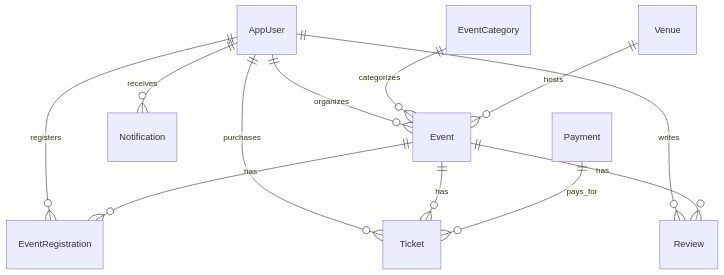
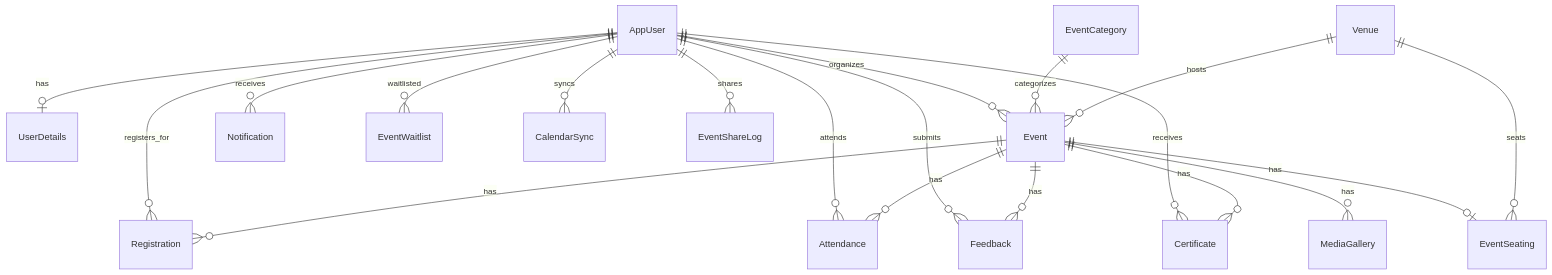
One commit to Prof-bilal/ContestAzam changed the diagram in .agent/DATABASE.md. Above: the diagram before and after it, drawn with Mermaid. The commit also changed other lines of this file and 4 other files, not shown here.

Commit message:
docs: align agent docs with SRS - add 4 roles, full schema, feature coverage

````diff
--- a/.agent/DATABASE.md
+++ b/.agent/DATABASE.md
@@ -78,15 +107,23 @@
 ```mermaid
 erDiagram
+    AppUser ||--o| UserDetails : has
     AppUser ||--o{ Event : organizes
-    AppUser ||--o{ EventRegistration : registers
-    AppUser ||--o{ Ticket : purchases
-    AppUser ||--o{ Review : writes
+    AppUser ||--o{ Registration : registers_for
+    AppUser ||--o{ Attendance : attends
+    AppUser ||--o{ Feedback : submits
+    AppUser ||--o{ Certificate : receives
     AppUser ||--o{ Notification : receives
+    AppUser ||--o{ EventWaitlist : waitlisted
+    AppUser ||--o{ CalendarSync : syncs
+    AppUser ||--o{ EventShareLog : shares
 
     EventCategory ||--o{ Event : categorizes
-    Event ||--o{ EventRegistration : has
-    Event ||--o{ Ticket : has
-    Event ||--o{ Review : has
+    Event ||--o{ Registration : has
+    Event ||--o{ Attendance : has
+    Event ||--o{ Feedback : has
+    Event ||--o{ Certificate : has
+    Event ||--o{ MediaGallery : has
+    Event ||--o| EventSeating : has
     Venue ||--o{ Event : hosts
-    Payment ||--o{ Ticket : pays_for
+    Venue ||--o{ EventSeating : seats
 ```
````
